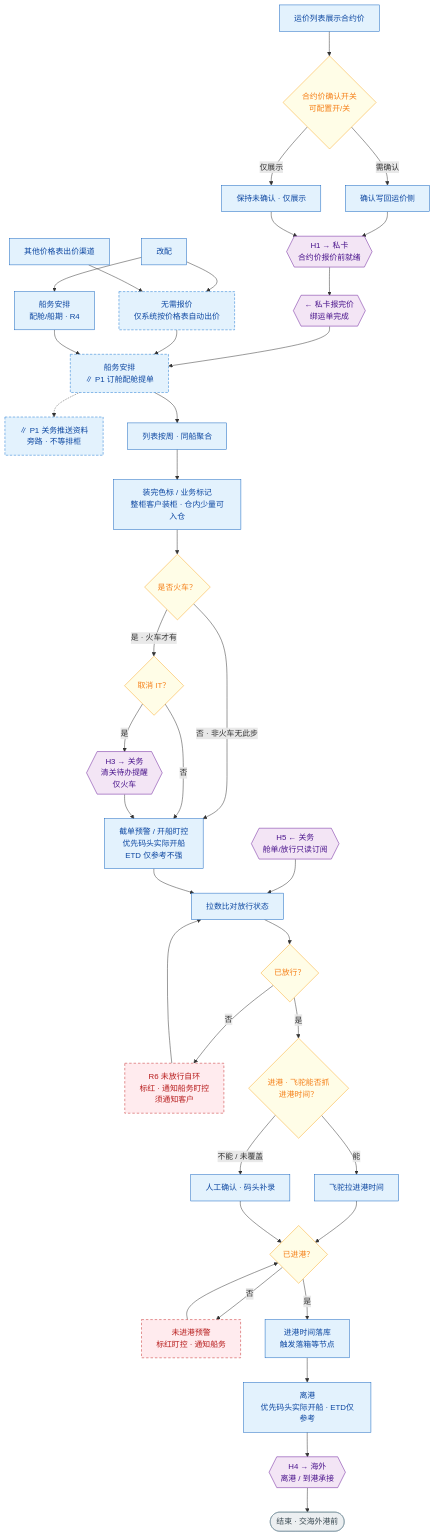
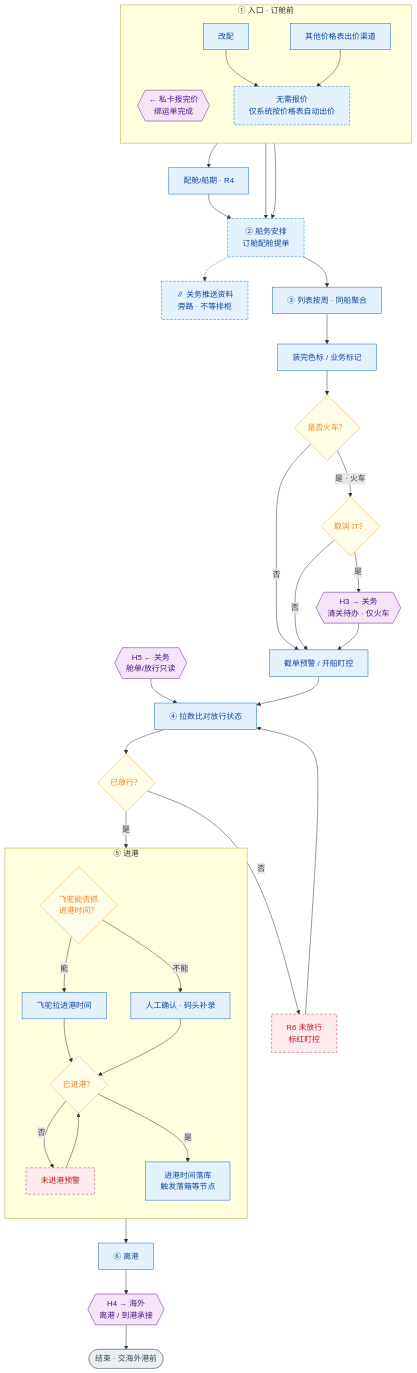
Before and after one commit to 271935452-lab/-: the diagram in 产品部门/船务/G3-船务-组流程.mmd, drawn with Mermaid. The commit also changed 112 other files, not shown here.

```diff
--- a/产品部门/船务/G3-船务-组流程.mmd
+++ b/产品部门/船务/G3-船务-组流程.mmd
@@ -1,57 +1,74 @@
 %% 船务组 · 组流程图 · 全流程按组拆分
-%% 覆盖：S2 合约价确认（船务主责）· 无需报价·价格表自动出价 · S3 提单 · S4 配舱 · S6 进港→离港
-%% 交接：H1→私卡（已确认合约价，报价前）· 私卡报完价回接→船务安排订舱 · 无需报价入口←改配/其他价格表渠道 · H3→关务清关 · H4→海外 · H5←关务舱单/放行只读
+%% 覆盖：S3 提单 · S4 配舱 · S6 进港→离港 · 无需报价·价格表自动出价
+%% 交接：私卡报完价回接→船务安排订舱 · 无需报价入口←改配/其他价格表渠道 · H3→关务清关 · H4→海外 · H5←关务舱单/放行只读
+%% 本期不含运价管理 / 合约价确认 / 船公司提单号规则 / 进港落库（落箱触发·H4）
 %% draw.io：排列 → 插入 → 高级 → Mermaid…
 
 flowchart TB
-  A["运价列表展示合约价"] --> SW{"合约价确认开关<br/>可配置开/关"}
-  SW -->|需确认| OK["确认写回运价侧"]
-  SW -->|仅展示| NO["保持未确认 · 仅展示"]
-  OK --> H1{{"H1 → 私卡<br/>合约价报价前就绪"}}
-  NO --> H1
-  H1 --> H1B{{"← 私卡报完价<br/>绑运单完成"}}
-  H1B --> P1A["船务安排<br/>∥ P1 订舱配舱提单"]
-  GAI["改配"] --> AUTO["无需报价<br/>仅系统按价格表自动出价"]
-  OTH["其他价格表出价渠道"] --> AUTO
-  AUTO --> P1A
-  P1B["∥ P1 关务推送资料<br/>旁路 · 不等排柜"]
+  subgraph ENTRY["① 入口 · 订舱前"]
+    direction TB
+    H1B{{"← 私卡报完价<br/>绑运单完成"}}
+    GAI["改配"]
+    OTH["其他价格表出价渠道"]
+    AUTO["无需报价<br/>仅系统按价格表自动出价"]
+  end
+
+  H1B --> P1A
+  GAI --> AUTO
+  OTH --> AUTO
+  AUTO --> P1A["② 船务安排<br/>订舱配舱提单"]
+  GAI --> RECV["配舱/船期 · R4"]
+  RECV --> P1A
+
+  P1B["∥ 关务推送资料<br/>旁路 · 不等排柜"]
   P1A -.-> P1B
-  P1A --> B["列表按周 · 同船聚合"]
-  B --> C["装完色标 / 业务标记<br/>整柜客户装柜 · 仓内少量可入仓"]
+
+  P1A --> B["③ 列表按周 · 同船聚合"]
+  B --> C["装完色标 / 业务标记"]
   C --> TR{"是否火车？"}
-  TR -->|否 · 非火车无此步| E["截单预警 / 开船盯控<br/>优先码头实际开船<br/>ETD 仅参考不强"]
-  TR -->|是 · 火车才有| D{"取消 IT？"}
-  D -->|是| H3{{"H3 → 关务<br/>清关待办提醒<br/>仅火车"}}
+  TR -->|否| E["截单预警 / 开船盯控"]
+  TR -->|是 · 火车| D{"取消 IT？"}
+  D -->|是| H3{{"H3 → 关务<br/>清关待办 · 仅火车"}}
   D -->|否| E
   H3 --> E
-  H5{{"H5 ← 关务<br/>舱单/放行只读订阅"}} --> F["拉数比对放行状态"]
+
+  H5{{"H5 ← 关务<br/>舱单/放行只读"}} --> F["④ 拉数比对放行状态"]
   E --> F
   F --> G{"已放行？"}
-  G -->|否| R6["R6 未放行自环<br/>标红 · 通知船务盯控<br/>须通知客户"]
+  G -->|否| R6["R6 未放行<br/>标红盯控"]
   R6 --> F
-  G -->|是| FT{"进港 · 飞驼能否抓<br/>进港时间？"}
-  FT -->|能| PULL["飞驼拉进港时间"]
-  FT -->|不能 / 未覆盖| MAN["人工确认 · 码头补录"]
-  PULL --> ARR{"已进港？"}
+  G -->|是| FT{"飞驼能否抓<br/>进港时间？"}
+
+  subgraph PORT["⑤ 进港"]
+    direction TB
+    FT
+    PULL["飞驼拉进港时间"]
+    MAN["人工确认 · 码头补录"]
+    ARR{"已进港？"}
+    R7["未进港预警"]
+    H["进港时间落库<br/>触发落箱等节点"]
+  end
+
+  FT -->|能| PULL
+  FT -->|不能| MAN
+  PULL --> ARR
   MAN --> ARR
-  ARR -->|否| R7["未进港预警<br/>标红盯控 · 通知船务"]
+  ARR -->|否| R7
   R7 --> ARR
-  ARR -->|是| H["进港时间落库<br/>触发落箱等节点"]
-  H --> SAIL["离港<br/>优先码头实际开船 · ETD仅参考"]
+  ARR -->|是| H
+  H --> SAIL["⑥ 离港"]
   SAIL --> H4{{"H4 → 海外<br/>离港 / 到港承接"}}
-  GAI --> RECV["船务安排<br/>配舱/船期 · R4"]
-  RECV --> P1A
   H4 --> END(["结束 · 交海外港前"])
 
   classDef step fill:#E3F2FD,stroke:#1565C0,color:#0D47A1
   classDef dec fill:#FFFDE7,stroke:#F9A825,color:#F57F17
   classDef cross fill:#F3E5F5,stroke:#6A1B9A,color:#4A148C
   classDef back fill:#FFEBEE,stroke:#C62828,color:#B71C1C,stroke-dasharray: 5 4
   classDef para fill:#E3F2FD,stroke:#1976D2,color:#0D47A1,stroke-dasharray: 5 3
   classDef endn fill:#ECEFF1,stroke:#78909C,color:#37474F
-  class A,OK,NO,B,C,E,F,H,RECV,PULL,MAN,GAI,OTH,SAIL step
-  class SW,TR,D,G,FT,ARR dec
-  class H1,H1B,H3,H4,H5 cross
+  class B,C,E,F,H,RECV,PULL,MAN,GAI,OTH,SAIL step
+  class TR,D,G,FT,ARR dec
+  class H1B,H3,H4,H5 cross
   class P1A,P1B,AUTO para
   class R6,R7 back
   class END endn
```
